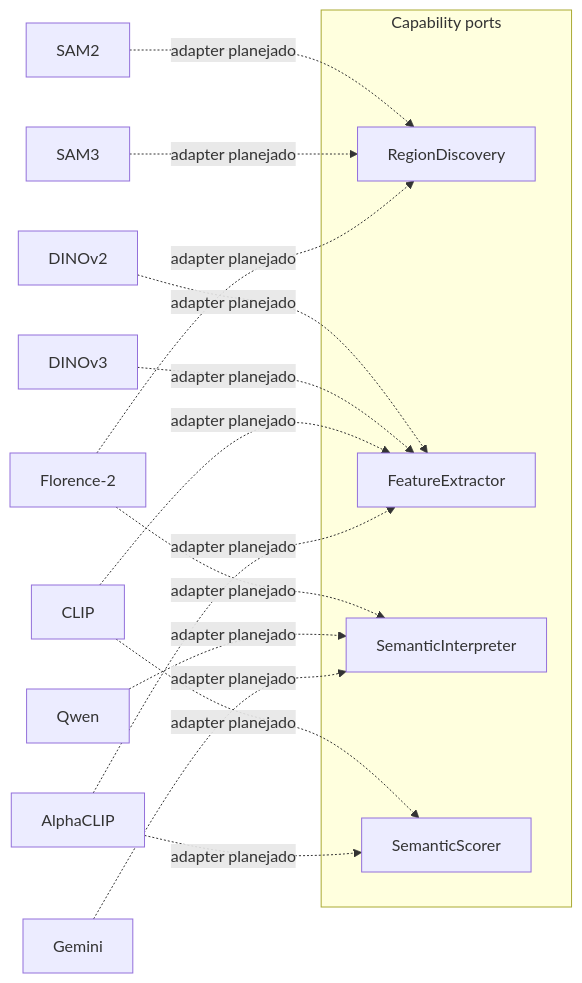
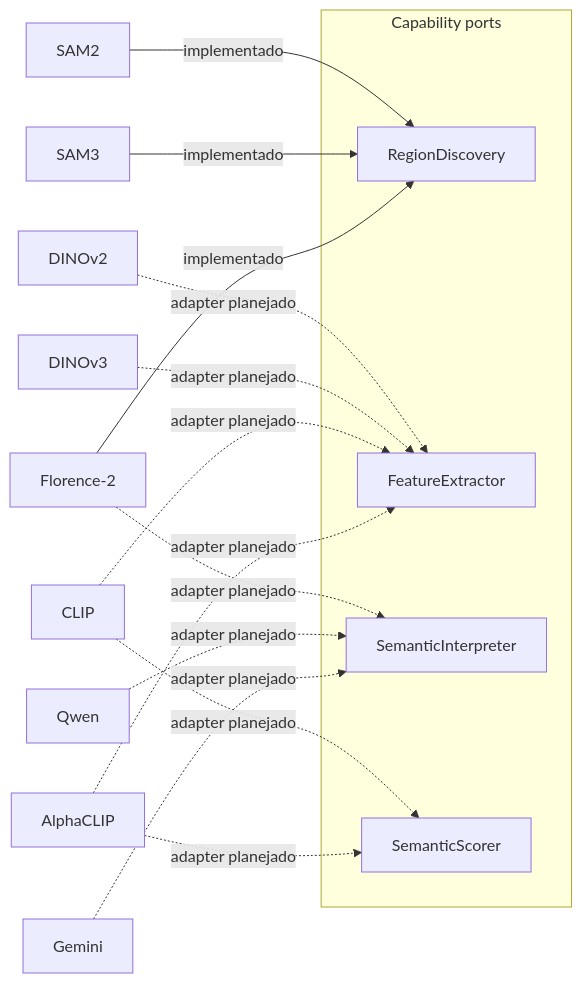
One commit to Alexandre-Tortoza/contextmap2 changed the diagram in src/contextmap/visual_perception/docs/ports.md. Above: the diagram before and after it, drawn with Mermaid. The commit also changed other lines of this file and 9 other files, not shown here.

````diff
--- a/src/contextmap/visual_perception/docs/ports.md
+++ b/src/contextmap/visual_perception/docs/ports.md
@@ -7,22 +7,22 @@
 ```mermaid
 flowchart LR
     subgraph PORTS[Capability ports]
         RD["RegionDiscovery"]
         FE["FeatureExtractor"]
         SI["SemanticInterpreter"]
         SS["SemanticScorer"]
     end
 
-    SAM2["SAM2"] -. adapter planejado .-> RD
-    SAM3["SAM3"] -. adapter planejado .-> RD
-    F2["Florence-2"] -. adapter planejado .-> RD
+    SAM2["SAM2"] -->|implementado| RD
+    SAM3["SAM3"] -->|implementado| RD
+    F2["Florence-2"] -->|implementado| RD
     F2 -. adapter planejado .-> SI
     D2["DINOv2"] -. adapter planejado .-> FE
     D3["DINOv3"] -. adapter planejado .-> FE
     CLIP["CLIP"] -. adapter planejado .-> FE
     CLIP -. adapter planejado .-> SS
     ACLIP["AlphaCLIP"] -. adapter planejado .-> FE
     ACLIP -. adapter planejado .-> SS
     QWEN["Qwen"] -. adapter planejado .-> SI
     GEMINI["Gemini"] -. adapter planejado .-> SI
 ```
````
